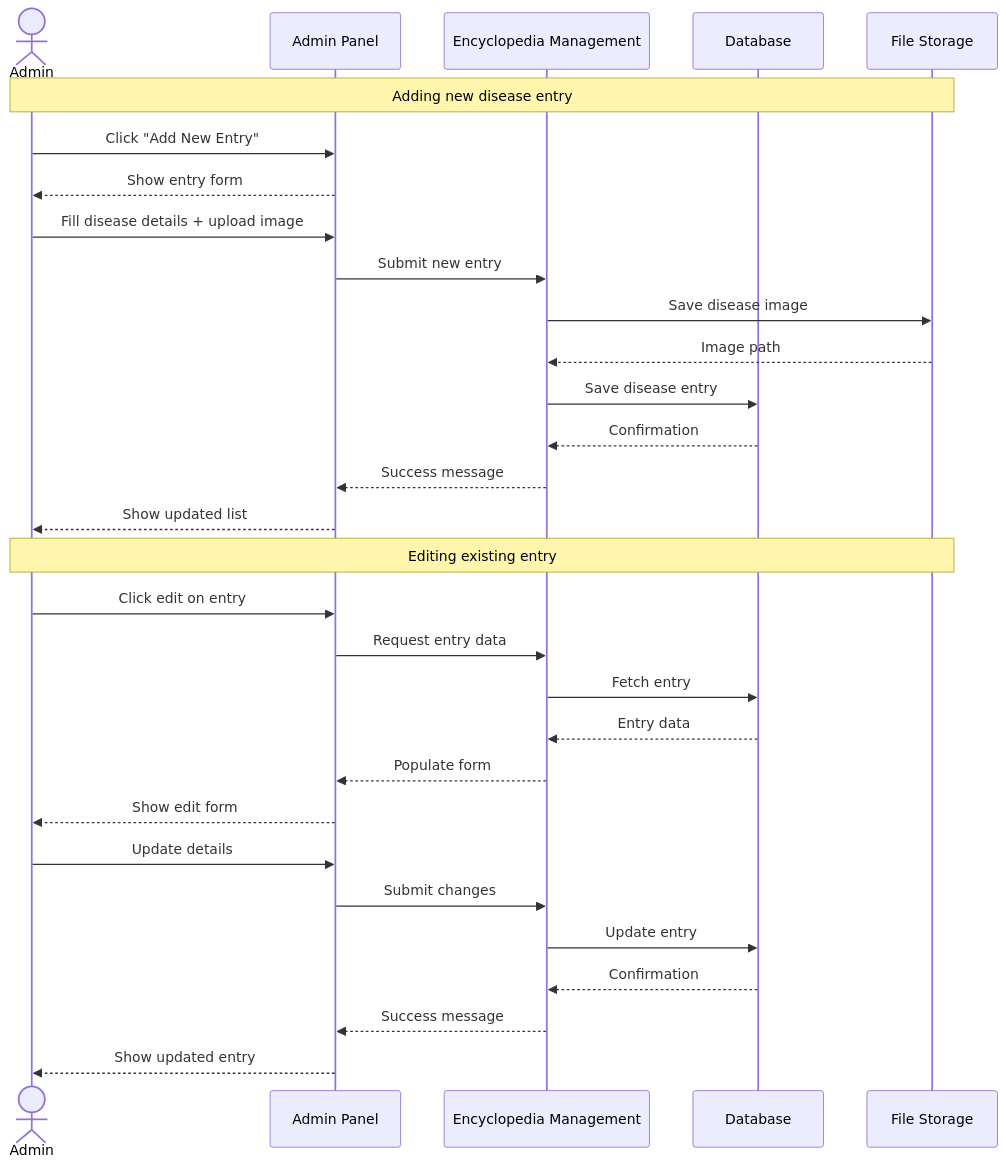
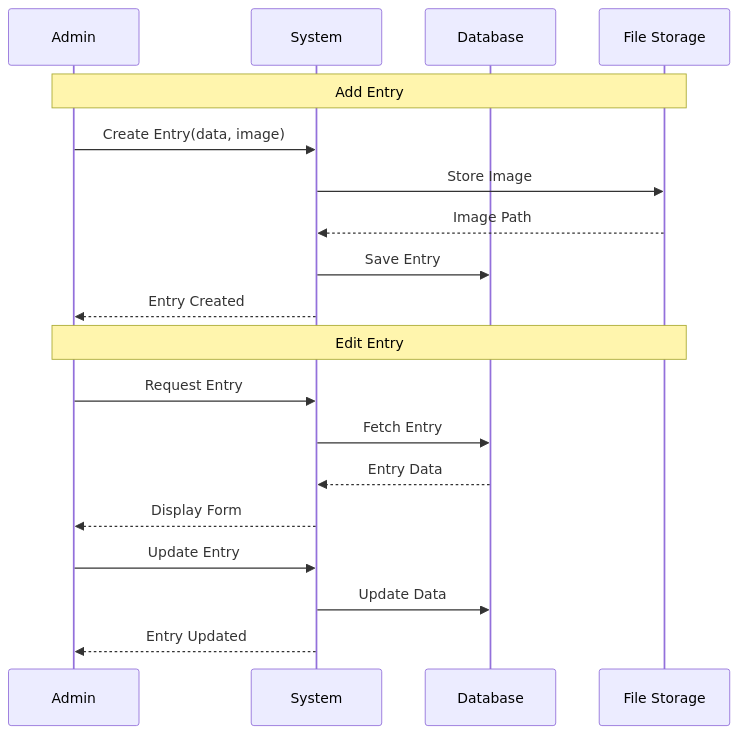
One commit to abdullah2323442/practice changed diagram 14 of 16 in system documentation.md. Above: the diagram before and after it, drawn with Mermaid. The commit also changed other lines of this file, not shown here.

First line of the commit message:
Revise system documentation with updated diagrams

````diff
--- a/system documentation.md
+++ b/system documentation.md
@@ -615,37 +592,23 @@
 ```mermaid
 sequenceDiagram
-    actor Admin
-    participant Web as Admin Panel
-    participant Encyclopedia as Encyclopedia Management
+    participant A as Admin
+    participant S as System
     participant DB as Database
-    participant Storage as File Storage
+    participant FS as File Storage
     
-    Note over Admin,Storage: Adding new disease entry
-    Admin->>Web: Click "Add New Entry"
-    Web-->>Admin: Show entry form
+    Note over A,FS: Add Entry
+    A->>S: Create Entry(data, image)
+    S->>FS: Store Image
+    FS-->>S: Image Path
+    S->>DB: Save Entry
+    S-->>A: Entry Created
     
-    Admin->>Web: Fill disease details + upload image
-    Web->>Encyclopedia: Submit new entry
-    Encyclopedia->>Storage: Save disease image
-    Storage-->>Encyclopedia: Image path
-    
-    Encyclopedia->>DB: Save disease entry
-    DB-->>Encyclopedia: Confirmation
-    Encyclopedia-->>Web: Success message
-    Web-->>Admin: Show updated list
-    
-    Note over Admin,Storage: Editing existing entry
-    Admin->>Web: Click edit on entry
-    Web->>Encyclopedia: Request entry data
-    Encyclopedia->>DB: Fetch entry
-    DB-->>Encyclopedia: Entry data
-    Encyclopedia-->>Web: Populate form
-    Web-->>Admin: Show edit form
-    
-    Admin->>Web: Update details
-    Web->>Encyclopedia: Submit changes
-    Encyclopedia->>DB: Update entry
-    DB-->>Encyclopedia: Confirmation
-    Encyclopedia-->>Web: Success message
-    Web-->>Admin: Show updated entry
+    Note over A,FS: Edit Entry
+    A->>S: Request Entry
+    S->>DB: Fetch Entry
+    DB-->>S: Entry Data
+    S-->>A: Display Form
+    A->>S: Update Entry
+    S->>DB: Update Data
+    S-->>A: Entry Updated
 ```
````
